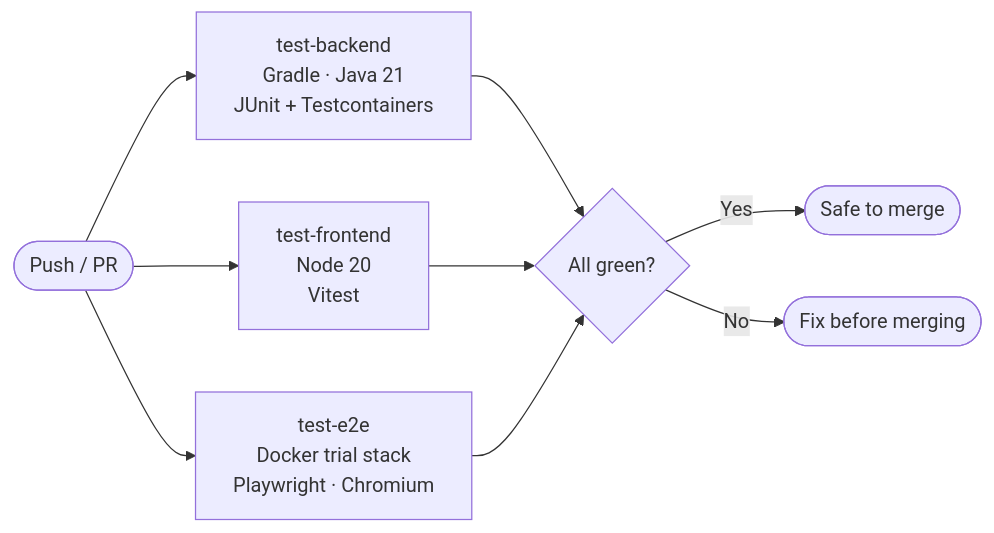
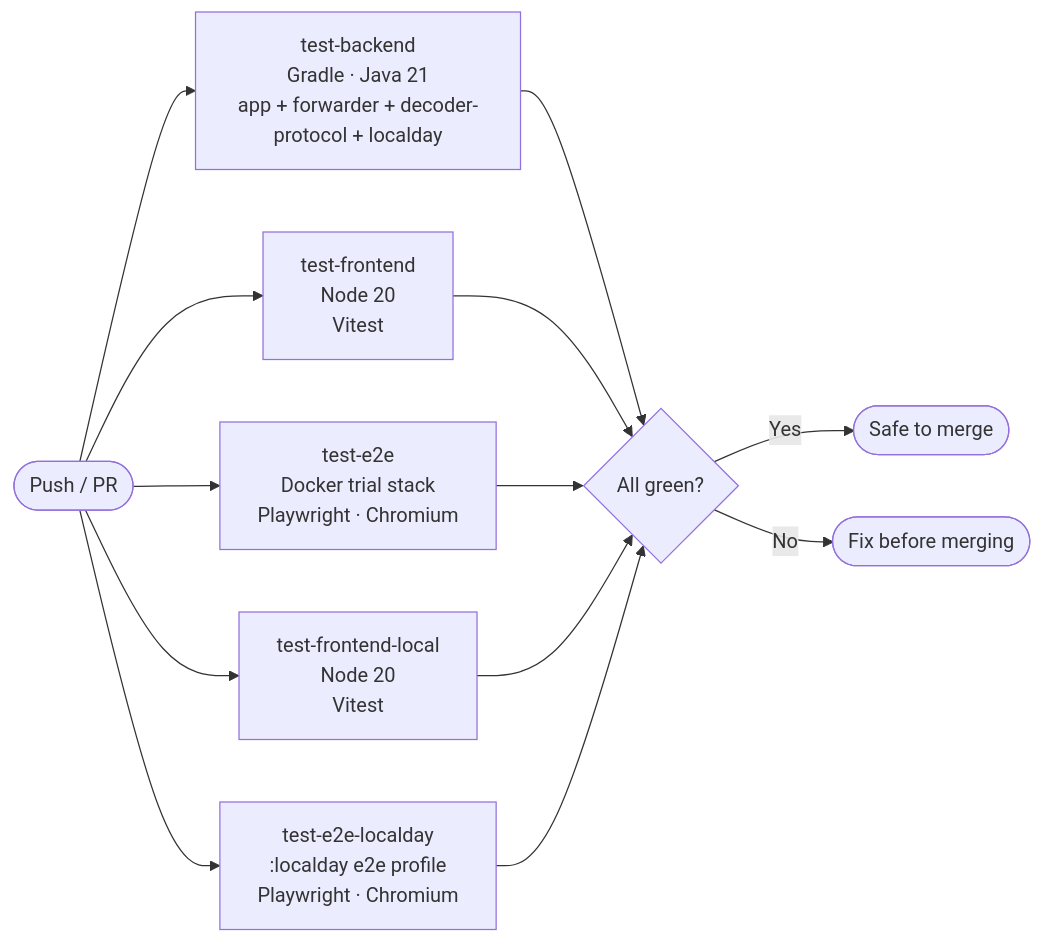
Before and after one commit to oggthemiffed/RCTimingControl: the third of 3 diagrams in CONTRIBUTING.md, drawn with Mermaid. The commit also changed other lines of this file and 12 other files, not shown here.

````diff
--- a/CONTRIBUTING.md
+++ b/CONTRIBUTING.md
@@ -89,13 +89,17 @@
 ```mermaid
 flowchart LR
-    Push([Push / PR]) --> B[test-backend\nGradle · Java 21\nJUnit + Testcontainers]
+    Push([Push / PR]) --> B[test-backend\nGradle · Java 21\napp + forwarder + decoder-protocol + localday]
     Push --> C[test-frontend\nNode 20\nVitest]
     Push --> D[test-e2e\nDocker trial stack\nPlaywright · Chromium]
+    Push --> F2[test-frontend-local\nNode 20\nVitest]
+    Push --> D2[test-e2e-localday\n:localday e2e profile\nPlaywright · Chromium]
 
     B --> E{All green?}
     C --> E
     D --> E
+    F2 --> E
+    D2 --> E
 
     E -- Yes --> F([Safe to merge])
     E -- No --> G([Fix before merging])
 ```
````
